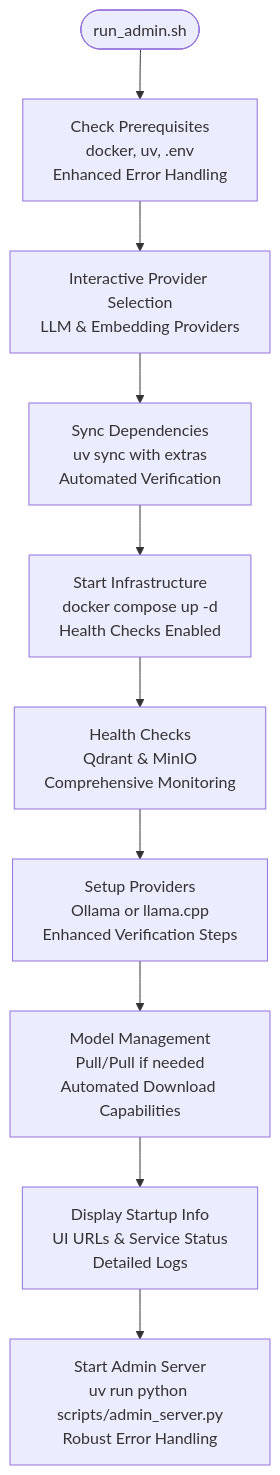
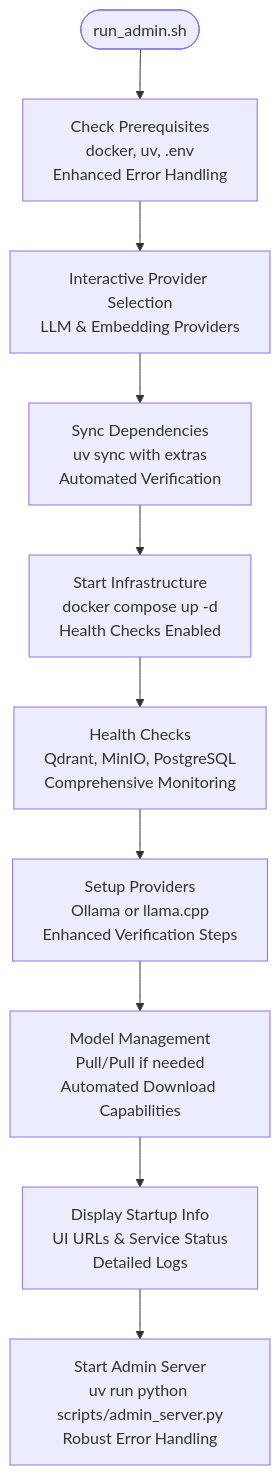
Before and after one commit to ognelis/cafetera_hr_bot: the fourth of 16 diagrams in .qoder/repowiki/en/content/Deployment and Operations.md, drawn with Mermaid. The commit also changed other lines of this file and 13 other files, not shown here.

````diff
--- a/.qoder/repowiki/en/content/Deployment and Operations.md
+++ b/.qoder/repowiki/en/content/Deployment and Operations.md
@@ -238,12 +288,12 @@
 ```mermaid
 flowchart TD
 Start(["run_admin.sh"]) --> PrereqCheck["Check Prerequisites<br/>docker, uv, .env<br/>Enhanced Error Handling"]
 PrereqCheck --> ProviderSelection["Interactive Provider Selection<br/>LLM & Embedding Providers"]
 ProviderSelection --> DependencySync["Sync Dependencies<br/>uv sync with extras<br/>Automated Verification"]
 DependencySync --> StartInfra["Start Infrastructure<br/>docker compose up -d<br/>Health Checks Enabled"]
-StartInfra --> HealthChecks["Health Checks<br/>Qdrant & MinIO<br/>Comprehensive Monitoring"]
+StartInfra --> HealthChecks["Health Checks<br/>Qdrant, MinIO, PostgreSQL<br/>Comprehensive Monitoring"]
 HealthChecks --> ProviderSetup["Setup Providers<br/>Ollama or llama.cpp<br/>Enhanced Verification Steps"]
 ProviderSetup --> ModelManagement["Model Management<br/>Pull/Pull if needed<br/>Automated Download Capabilities"]
 ModelManagement --> StartupInfo["Display Startup Info<br/>UI URLs & Service Status<br/>Detailed Logs"]
 StartupInfo --> AdminServer["Start Admin Server<br/>uv run python scripts/admin_server.py<br/>Robust Error Handling"]
 ```
````
